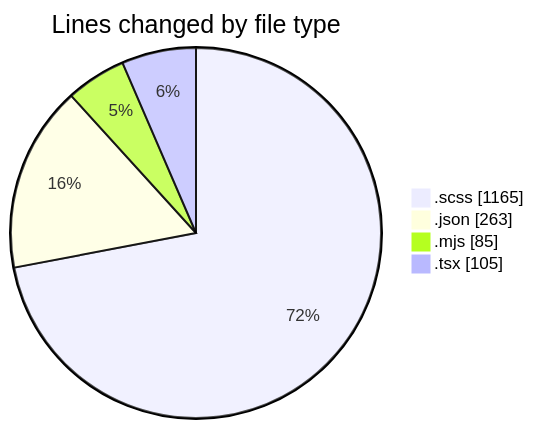
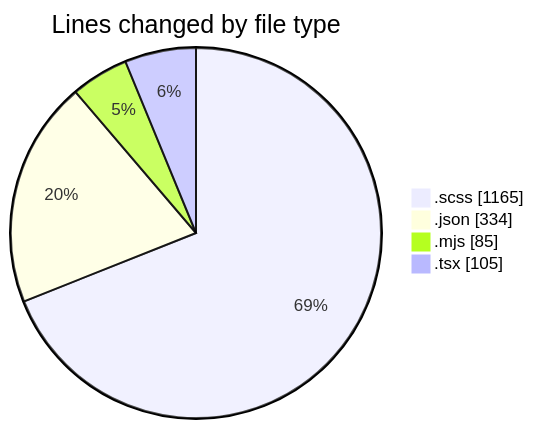
One commit to momahboobian/code-tracking changed the first of 2 diagrams in 2026-01-27/cda/README.md. Above: the diagram before and after it, drawn with Mermaid. The commit also changed other lines of this file and 1 other file, not shown here.

````diff
--- a/2026-01-27/cda/README.md
+++ b/2026-01-27/cda/README.md
@@ -28,8 +29,8 @@
 ```mermaid
 pie showData
 title Lines changed by file type
 ".scss" : 1165
-".json" : 263
+".json" : 334
 ".mjs" : 85
 ".tsx" : 105
 ```
````
